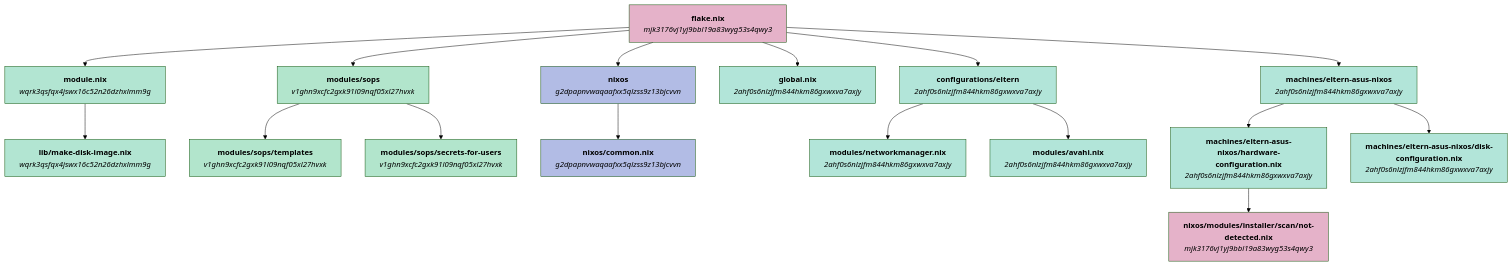
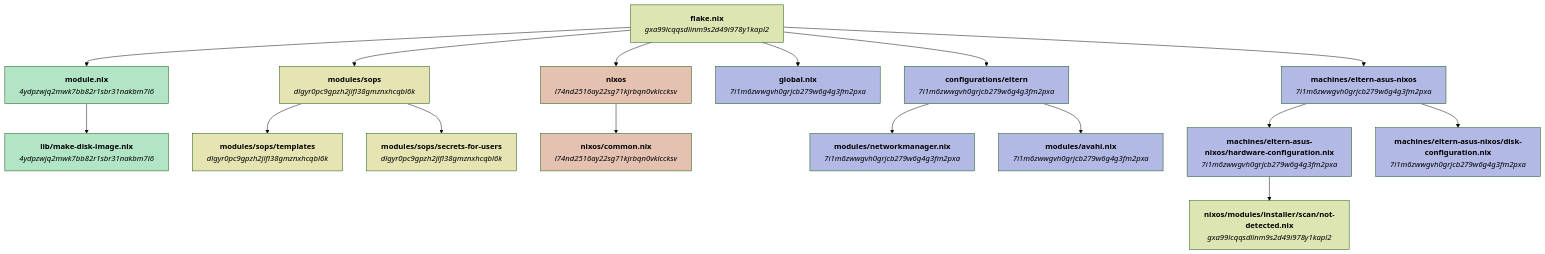
One commit to welles/nixos-config changed the first of 6 diagrams in GRAPHS.md. Above: the diagram before and after it, drawn with Mermaid (forest theme). The commit also changed other lines of this file, not shown here.

Commit message:
Update configuration graphs file

````diff
--- a/GRAPHS.md
+++ b/GRAPHS.md
@@ -5,82 +5,82 @@
 ```mermaid
 flowchart TD
-    nmjk3176vj1yj9bbl19a83wyg53s4qwy3_flake_nix["`**flake.nix**
+    ngxa99lcqqsdlinm9s2d49i978y1kapl2_flake_nix["`**flake.nix**
 
-_mjk3176vj1yj9bbl19a83wyg53s4qwy3_`"]
-    nwqrk3qsfqx4jswx16c52n26dzhxlmm9g_module_nix["`**module.nix**
+_gxa99lcqqsdlinm9s2d49i978y1kapl2_`"]
+    n4ydpzwjq2mwk7bb82r1sbr31nakbm7l6_module_nix["`**module.nix**
 
-_wqrk3qsfqx4jswx16c52n26dzhxlmm9g_`"]
-    nwqrk3qsfqx4jswx16c52n26dzhxlmm9g_lib_make_disk_image_nix["`**lib/make-disk-image.nix**
+_4ydpzwjq2mwk7bb82r1sbr31nakbm7l6_`"]
+    n4ydpzwjq2mwk7bb82r1sbr31nakbm7l6_lib_make_disk_image_nix["`**lib/make-disk-image.nix**
 
-_wqrk3qsfqx4jswx16c52n26dzhxlmm9g_`"]
-    nv1ghn9xcfc2gxk91l09nqf05xl27hvxk_modules_sops["`**modules/sops**
+_4ydpzwjq2mwk7bb82r1sbr31nakbm7l6_`"]
+    ndlgyr0pc9gpzh2jlfl38gmznxhcqbl6k_modules_sops["`**modules/sops**
 
-_v1ghn9xcfc2gxk91l09nqf05xl27hvxk_`"]
-    nv1ghn9xcfc2gxk91l09nqf05xl27hvxk_modules_sops_templates["`**modules/sops/templates**
+_dlgyr0pc9gpzh2jlfl38gmznxhcqbl6k_`"]
+    ndlgyr0pc9gpzh2jlfl38gmznxhcqbl6k_modules_sops_templates["`**modules/sops/templates**
 
-_v1ghn9xcfc2gxk91l09nqf05xl27hvxk_`"]
-    nv1ghn9xcfc2gxk91l09nqf05xl27hvxk_modules_sops_secrets_for_users["`**modules/sops/secrets-for-users**
+_dlgyr0pc9gpzh2jlfl38gmznxhcqbl6k_`"]
+    ndlgyr0pc9gpzh2jlfl38gmznxhcqbl6k_modules_sops_secrets_for_users["`**modules/sops/secrets-for-users**
 
-_v1ghn9xcfc2gxk91l09nqf05xl27hvxk_`"]
-    ng2dpapnvwaqaafxx5qlzss9z13bjcvvn_nixos["`**nixos**
+_dlgyr0pc9gpzh2jlfl38gmznxhcqbl6k_`"]
+    nl74nd2516ay22sg71kjrbqn0vklccksv_nixos["`**nixos**
 
-_g2dpapnvwaqaafxx5qlzss9z13bjcvvn_`"]
-    ng2dpapnvwaqaafxx5qlzss9z13bjcvvn_nixos_common_nix["`**nixos/common.nix**
+_l74nd2516ay22sg71kjrbqn0vklccksv_`"]
+    nl74nd2516ay22sg71kjrbqn0vklccksv_nixos_common_nix["`**nixos/common.nix**
 
-_g2dpapnvwaqaafxx5qlzss9z13bjcvvn_`"]
-    n2ahf0s6nlzjfm844hkm86gxwxva7axjy_global_nix["`**global.nix**
+_l74nd2516ay22sg71kjrbqn0vklccksv_`"]
+    n7i1m6zwwgvh0grjcb279w6g4g3fm2pxa_global_nix["`**global.nix**
 
-_2ahf0s6nlzjfm844hkm86gxwxva7axjy_`"]
-    n2ahf0s6nlzjfm844hkm86gxwxva7axjy_configurations_eltern["`**configurations/eltern**
+_7i1m6zwwgvh0grjcb279w6g4g3fm2pxa_`"]
+    n7i1m6zwwgvh0grjcb279w6g4g3fm2pxa_configurations_eltern["`**configurations/eltern**
 
-_2ahf0s6nlzjfm844hkm86gxwxva7axjy_`"]
-    n2ahf0s6nlzjfm844hkm86gxwxva7axjy_modules_networkmanager_nix["`**modules/networkmanager.nix**
+_7i1m6zwwgvh0grjcb279w6g4g3fm2pxa_`"]
+    n7i1m6zwwgvh0grjcb279w6g4g3fm2pxa_modules_networkmanager_nix["`**modules/networkmanager.nix**
 
-_2ahf0s6nlzjfm844hkm86gxwxva7axjy_`"]
-    n2ahf0s6nlzjfm844hkm86gxwxva7axjy_modules_avahi_nix["`**modules/avahi.nix**
+_7i1m6zwwgvh0grjcb279w6g4g3fm2pxa_`"]
+    n7i1m6zwwgvh0grjcb279w6g4g3fm2pxa_modules_avahi_nix["`**modules/avahi.nix**
 
-_2ahf0s6nlzjfm844hkm86gxwxva7axjy_`"]
-    n2ahf0s6nlzjfm844hkm86gxwxva7axjy_machines_eltern_asus_nixos["`**machines/eltern-asus-nixos**
+_7i1m6zwwgvh0grjcb279w6g4g3fm2pxa_`"]
+    n7i1m6zwwgvh0grjcb279w6g4g3fm2pxa_machines_eltern_asus_nixos["`**machines/eltern-asus-nixos**
 
-_2ahf0s6nlzjfm844hkm86gxwxva7axjy_`"]
-    n2ahf0s6nlzjfm844hkm86gxwxva7axjy_machines_eltern_asus_nixos_hardware_configuration_nix["`**machines/eltern-asus-nixos/hardware-configuration.nix**
+_7i1m6zwwgvh0grjcb279w6g4g3fm2pxa_`"]
+    n7i1m6zwwgvh0grjcb279w6g4g3fm2pxa_machines_eltern_asus_nixos_hardware_configuration_nix["`**machines/eltern-asus-nixos/hardware-configuration.nix**
 
-_2ahf0s6nlzjfm844hkm86gxwxva7axjy_`"]
-    nmjk3176vj1yj9bbl19a83wyg53s4qwy3_nixos_modules_installer_scan_not_detected_nix["`**nixos/modules/installer/scan/not-detected.nix**
+_7i1m6zwwgvh0grjcb279w6g4g3fm2pxa_`"]
+    ngxa99lcqqsdlinm9s2d49i978y1kapl2_nixos_modules_installer_scan_not_detected_nix["`**nixos/modules/installer/scan/not-detected.nix**
 
-_mjk3176vj1yj9bbl19a83wyg53s4qwy3_`"]
-    n2ahf0s6nlzjfm844hkm86gxwxva7axjy_machines_eltern_asus_nixos_disk_configuration_nix["`**machines/eltern-asus-nixos/disk-configuration.nix**
+_gxa99lcqqsdlinm9s2d49i978y1kapl2_`"]
+    n7i1m6zwwgvh0grjcb279w6g4g3fm2pxa_machines_eltern_asus_nixos_disk_configuration_nix["`**machines/eltern-asus-nixos/disk-configuration.nix**
 
-_2ahf0s6nlzjfm844hkm86gxwxva7axjy_`"]
-    nmjk3176vj1yj9bbl19a83wyg53s4qwy3_flake_nix --> nwqrk3qsfqx4jswx16c52n26dzhxlmm9g_module_nix
-    nmjk3176vj1yj9bbl19a83wyg53s4qwy3_flake_nix --> nv1ghn9xcfc2gxk91l09nqf05xl27hvxk_modules_sops
-    nmjk3176vj1yj9bbl19a83wyg53s4qwy3_flake_nix --> ng2dpapnvwaqaafxx5qlzss9z13bjcvvn_nixos
-    nmjk3176vj1yj9bbl19a83wyg53s4qwy3_flake_nix --> n2ahf0s6nlzjfm844hkm86gxwxva7axjy_global_nix
-    nmjk3176vj1yj9bbl19a83wyg53s4qwy3_flake_nix --> n2ahf0s6nlzjfm844hkm86gxwxva7axjy_configurations_eltern
-    nmjk3176vj1yj9bbl19a83wyg53s4qwy3_flake_nix --> n2ahf0s6nlzjfm844hkm86gxwxva7axjy_machines_eltern_asus_nixos
-    nwqrk3qsfqx4jswx16c52n26dzhxlmm9g_module_nix --> nwqrk3qsfqx4jswx16c52n26dzhxlmm9g_lib_make_disk_image_nix
-    nv1ghn9xcfc2gxk91l09nqf05xl27hvxk_modules_sops --> nv1ghn9xcfc2gxk91l09nqf05xl27hvxk_modules_sops_templates
-    nv1ghn9xcfc2gxk91l09nqf05xl27hvxk_modules_sops --> nv1ghn9xcfc2gxk91l09nqf05xl27hvxk_modules_sops_secrets_for_users
-    ng2dpapnvwaqaafxx5qlzss9z13bjcvvn_nixos --> ng2dpapnvwaqaafxx5qlzss9z13bjcvvn_nixos_common_nix
-    n2ahf0s6nlzjfm844hkm86gxwxva7axjy_configurations_eltern --> n2ahf0s6nlzjfm844hkm86gxwxva7axjy_modules_networkmanager_nix
-    n2ahf0s6nlzjfm844hkm86gxwxva7axjy_configurations_eltern --> n2ahf0s6nlzjfm844hkm86gxwxva7axjy_modules_avahi_nix
-    n2ahf0s6nlzjfm844hkm86gxwxva7axjy_machines_eltern_asus_nixos --> n2ahf0s6nlzjfm844hkm86gxwxva7axjy_machines_eltern_asus_nixos_hardware_configuration_nix
-    n2ahf0s6nlzjfm844hkm86gxwxva7axjy_machines_eltern_asus_nixos --> n2ahf0s6nlzjfm844hkm86gxwxva7axjy_machines_eltern_asus_nixos_disk_configuration_nix
-    n2ahf0s6nlzjfm844hkm86gxwxva7axjy_machines_eltern_asus_nixos_hardware_configuration_nix --> nmjk3176vj1yj9bbl19a83wyg53s4qwy3_nixos_modules_installer_scan_not_detected_nix
-    style nmjk3176vj1yj9bbl19a83wyg53s4qwy3_flake_nix fill:#e5b2c9,color:#000000
-    style nwqrk3qsfqx4jswx16c52n26dzhxlmm9g_module_nix fill:#b2e5d2,color:#000000
-    style nwqrk3qsfqx4jswx16c52n26dzhxlmm9g_lib_make_disk_image_nix fill:#b2e5d2,color:#000000
-    style nv1ghn9xcfc2gxk91l09nqf05xl27hvxk_modules_sops fill:#b2e5cc,color:#000000
-    style nv1ghn9xcfc2gxk91l09nqf05xl27hvxk_modules_sops_templates fill:#b2e5cc,color:#000000
-    style nv1ghn9xcfc2gxk91l09nqf05xl27hvxk_modules_sops_secrets_for_users fill:#b2e5cc,color:#000000
-    style ng2dpapnvwaqaafxx5qlzss9z13bjcvvn_nixos fill:#b2bce5,color:#000000
-    style ng2dpapnvwaqaafxx5qlzss9z13bjcvvn_nixos_common_nix fill:#b2bce5,color:#000000
-    style n2ahf0s6nlzjfm844hkm86gxwxva7axjy_global_nix fill:#b2e5d9,color:#000000
-    style n2ahf0s6nlzjfm844hkm86gxwxva7axjy_configurations_eltern fill:#b2e5d9,color:#000000
-    style n2ahf0s6nlzjfm844hkm86gxwxva7axjy_modules_networkmanager_nix fill:#b2e5d9,color:#000000
-    style n2ahf0s6nlzjfm844hkm86gxwxva7axjy_modules_avahi_nix fill:#b2e5d9,color:#000000
-    style n2ahf0s6nlzjfm844hkm86gxwxva7axjy_machines_eltern_asus_nixos fill:#b2e5d9,color:#000000
-    style n2ahf0s6nlzjfm844hkm86gxwxva7axjy_machines_eltern_asus_nixos_hardware_configuration_nix fill:#b2e5d9,color:#000000
-    style nmjk3176vj1yj9bbl19a83wyg53s4qwy3_nixos_modules_installer_scan_not_detected_nix fill:#e5b2c9,color:#000000
-    style n2ahf0s6nlzjfm844hkm86gxwxva7axjy_machines_eltern_asus_nixos_disk_configuration_nix fill:#b2e5d9,color:#000000
+_7i1m6zwwgvh0grjcb279w6g4g3fm2pxa_`"]
+    ngxa99lcqqsdlinm9s2d49i978y1kapl2_flake_nix --> n4ydpzwjq2mwk7bb82r1sbr31nakbm7l6_module_nix
+    ngxa99lcqqsdlinm9s2d49i978y1kapl2_flake_nix --> ndlgyr0pc9gpzh2jlfl38gmznxhcqbl6k_modules_sops
+    ngxa99lcqqsdlinm9s2d49i978y1kapl2_flake_nix --> nl74nd2516ay22sg71kjrbqn0vklccksv_nixos
+    ngxa99lcqqsdlinm9s2d49i978y1kapl2_flake_nix --> n7i1m6zwwgvh0grjcb279w6g4g3fm2pxa_global_nix
+    ngxa99lcqqsdlinm9s2d49i978y1kapl2_flake_nix --> n7i1m6zwwgvh0grjcb279w6g4g3fm2pxa_configurations_eltern
+    ngxa99lcqqsdlinm9s2d49i978y1kapl2_flake_nix --> n7i1m6zwwgvh0grjcb279w6g4g3fm2pxa_machines_eltern_asus_nixos
+    n4ydpzwjq2mwk7bb82r1sbr31nakbm7l6_module_nix --> n4ydpzwjq2mwk7bb82r1sbr31nakbm7l6_lib_make_disk_image_nix
+    ndlgyr0pc9gpzh2jlfl38gmznxhcqbl6k_modules_sops --> ndlgyr0pc9gpzh2jlfl38gmznxhcqbl6k_modules_sops_templates
+    ndlgyr0pc9gpzh2jlfl38gmznxhcqbl6k_modules_sops --> ndlgyr0pc9gpzh2jlfl38gmznxhcqbl6k_modules_sops_secrets_for_users
+    nl74nd2516ay22sg71kjrbqn0vklccksv_nixos --> nl74nd2516ay22sg71kjrbqn0vklccksv_nixos_common_nix
+    n7i1m6zwwgvh0grjcb279w6g4g3fm2pxa_configurations_eltern --> n7i1m6zwwgvh0grjcb279w6g4g3fm2pxa_modules_networkmanager_nix
+    n7i1m6zwwgvh0grjcb279w6g4g3fm2pxa_configurations_eltern --> n7i1m6zwwgvh0grjcb279w6g4g3fm2pxa_modules_avahi_nix
+    n7i1m6zwwgvh0grjcb279w6g4g3fm2pxa_machines_eltern_asus_nixos --> n7i1m6zwwgvh0grjcb279w6g4g3fm2pxa_machines_eltern_asus_nixos_hardware_configuration_nix
+    n7i1m6zwwgvh0grjcb279w6g4g3fm2pxa_machines_eltern_asus_nixos --> n7i1m6zwwgvh0grjcb279w6g4g3fm2pxa_machines_eltern_asus_nixos_disk_configuration_nix
+    n7i1m6zwwgvh0grjcb279w6g4g3fm2pxa_machines_eltern_asus_nixos_hardware_configuration_nix --> ngxa99lcqqsdlinm9s2d49i978y1kapl2_nixos_modules_installer_scan_not_detected_nix
+    style ngxa99lcqqsdlinm9s2d49i978y1kapl2_flake_nix fill:#dde5b2,color:#000000
+    style n4ydpzwjq2mwk7bb82r1sbr31nakbm7l6_module_nix fill:#b2e5c5,color:#000000
+    style n4ydpzwjq2mwk7bb82r1sbr31nakbm7l6_lib_make_disk_image_nix fill:#b2e5c5,color:#000000
+    style ndlgyr0pc9gpzh2jlfl38gmznxhcqbl6k_modules_sops fill:#e5e4b2,color:#000000
+    style ndlgyr0pc9gpzh2jlfl38gmznxhcqbl6k_modules_sops_templates fill:#e5e4b2,color:#000000
+    style ndlgyr0pc9gpzh2jlfl38gmznxhcqbl6k_modules_sops_secrets_for_users fill:#e5e4b2,color:#000000
+    style nl74nd2516ay22sg71kjrbqn0vklccksv_nixos fill:#e5c1b2,color:#000000
+    style nl74nd2516ay22sg71kjrbqn0vklccksv_nixos_common_nix fill:#e5c1b2,color:#000000
+    style n7i1m6zwwgvh0grjcb279w6g4g3fm2pxa_global_nix fill:#b2b9e5,color:#000000
+    style n7i1m6zwwgvh0grjcb279w6g4g3fm2pxa_configurations_eltern fill:#b2b9e5,color:#000000
+    style n7i1m6zwwgvh0grjcb279w6g4g3fm2pxa_modules_networkmanager_nix fill:#b2b9e5,color:#000000
+    style n7i1m6zwwgvh0grjcb279w6g4g3fm2pxa_modules_avahi_nix fill:#b2b9e5,color:#000000
+    style n7i1m6zwwgvh0grjcb279w6g4g3fm2pxa_machines_eltern_asus_nixos fill:#b2b9e5,color:#000000
+    style n7i1m6zwwgvh0grjcb279w6g4g3fm2pxa_machines_eltern_asus_nixos_hardware_configuration_nix fill:#b2b9e5,color:#000000
+    style ngxa99lcqqsdlinm9s2d49i978y1kapl2_nixos_modules_installer_scan_not_detected_nix fill:#dde5b2,color:#000000
+    style n7i1m6zwwgvh0grjcb279w6g4g3fm2pxa_machines_eltern_asus_nixos_disk_configuration_nix fill:#b2b9e5,color:#000000
 ```
````
